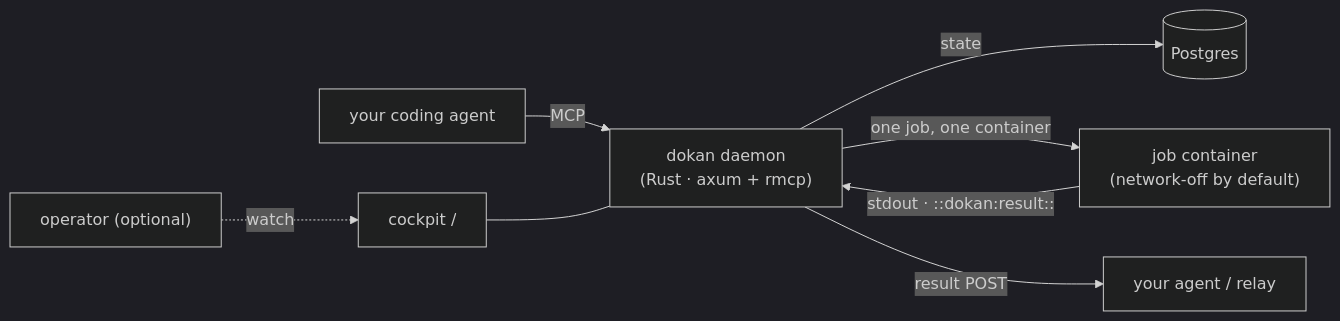
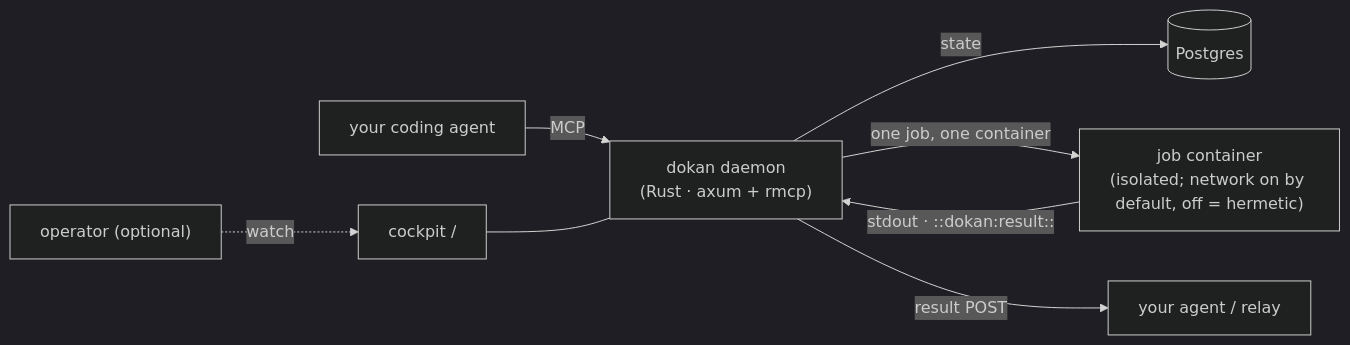
One commit to TsukumoHQ/dokan changed the first of 2 diagrams in README.md. Above: the diagram before and after it, drawn with Mermaid (dark theme). The commit also changed other lines of this file and 1 other file, not shown here.

Commit message:
docs: honesty fixes — network is ON by default; bump SECURITY version table
Self-audit (trovex 86d7a70b) GAP-1 + GAP-5. The runtime defaults network
ON (`a.network.unwrap_or(true)`, src/mcp.rs:485,507), but the README bullet,
the architecture diagram, and SECURITY.md all claimed "network-off/disabled
by default" — an over-claim of hermeticity/determinism that contradicts the
code (and the UploadArgs doc, which already says "Default true").

- README "Why dokan": determinism/cacheability is now correctly scoped to
  hermetic (network=false) runs; default is network ON (monitors need it).
- README mermaid diagram: container node relabeled "network on by default,
  off = hermetic".
- SECURITY.md "What dokan does defend": Containment bullet rewritten — no
  host FS / no host services always; outbound network ON by default, set
  network=false per job for a no-network hermetic run.
- SECURITY.md "Supported versions": 0.1.x → 0.2.x (actual latest is 0.2.2).

Decision X per cto (doc-fix, non-breaking). Flipping the default to
hermetic-by-default (Y) is filed separately as a considered v0.3.0 breaking
change. No code change.

````diff
--- a/README.md
+++ b/README.md
@@ -24,10 +24,10 @@
 ```mermaid
 flowchart LR
   agent["your coding agent"] -- MCP --> dokan["dokan daemon<br/>(Rust · axum + rmcp)"]
   dokan -- state --> pg[("Postgres")]
-  dokan -- one job, one container --> c1["job container<br/>(network-off by default)"]
+  dokan -- one job, one container --> c1["job container<br/>(isolated; network on by default, off = hermetic)"]
   c1 -- "stdout · ::dokan:result::" --> dokan
   dokan -- "result POST" --> relay["your agent / relay"]
   human["operator (optional)"] -. watch .-> cockpit["cockpit /"]
   cockpit --- dokan
 ```
````
